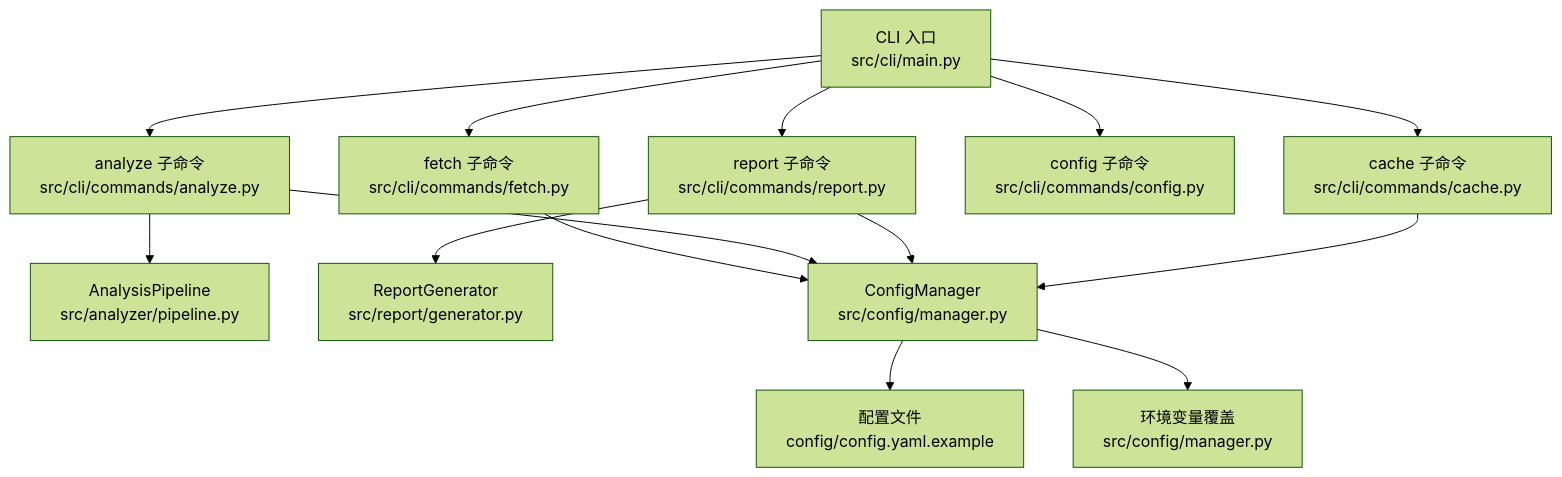
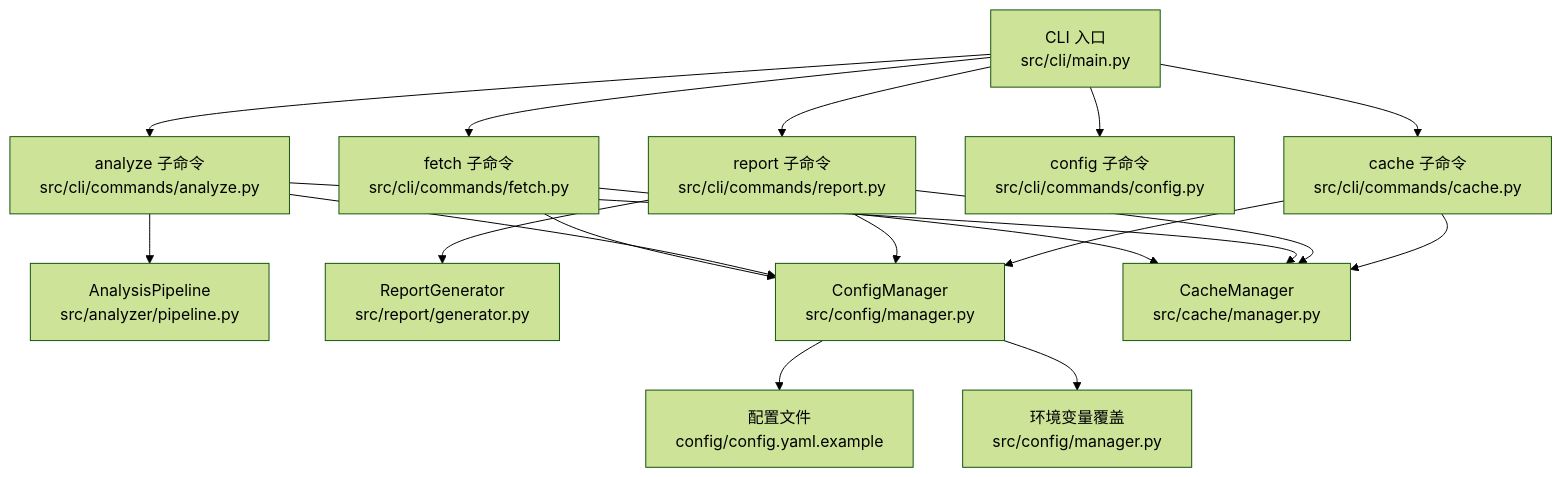
Before and after one commit to boyingliu01/fault-review-analyzer: the first of 3 diagrams in .qoder/repowiki/zh/content/命令行工具/命令行工具.md, drawn with Mermaid (forest theme). The commit also changed other lines of this file and 123 other files, not shown here.

````diff
--- a/.qoder/repowiki/zh/content/命令行工具/命令行工具.md
+++ b/.qoder/repowiki/zh/content/命令行工具/命令行工具.md
@@ -48,16 +50,20 @@
 ```mermaid
 graph TB
 CLI["CLI 入口<br/>src/cli/main.py"] --> Fetch["fetch 子命令<br/>src/cli/commands/fetch.py"]
 CLI --> Analyze["analyze 子命令<br/>src/cli/commands/analyze.py"]
 CLI --> Report["report 子命令<br/>src/cli/commands/report.py"]
 CLI --> ConfigCmd["config 子命令<br/>src/cli/commands/config.py"]
 CLI --> CacheCmd["cache 子命令<br/>src/cli/commands/cache.py"]
 Analyze --> Pipeline["AnalysisPipeline<br/>src/analyzer/pipeline.py"]
 Report --> Gen["ReportGenerator<br/>src/report/generator.py"]
 Fetch --> CfgMgr["ConfigManager<br/>src/config/manager.py"]
 Analyze --> CfgMgr
 Report --> CfgMgr
 CacheCmd --> CfgMgr
 CfgMgr --> YAML["配置文件<br/>config/config.yaml.example"]
 CfgMgr --> Env["环境变量覆盖<br/>src/config/manager.py"]
+Fetch --> CacheMgr["CacheManager<br/>src/cache/manager.py"]
+Analyze --> CacheMgr
+Report --> CacheMgr
+CacheCmd --> CacheMgr
 ```
````
